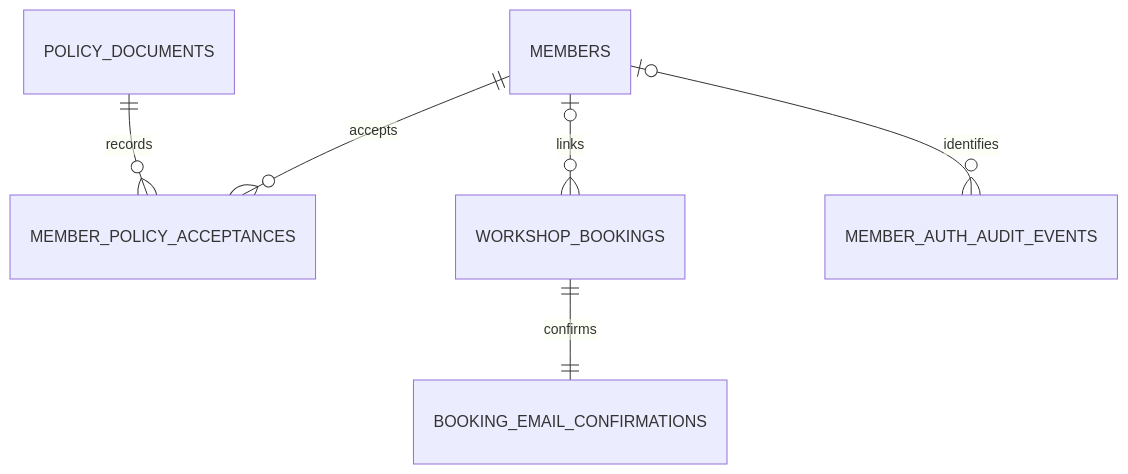
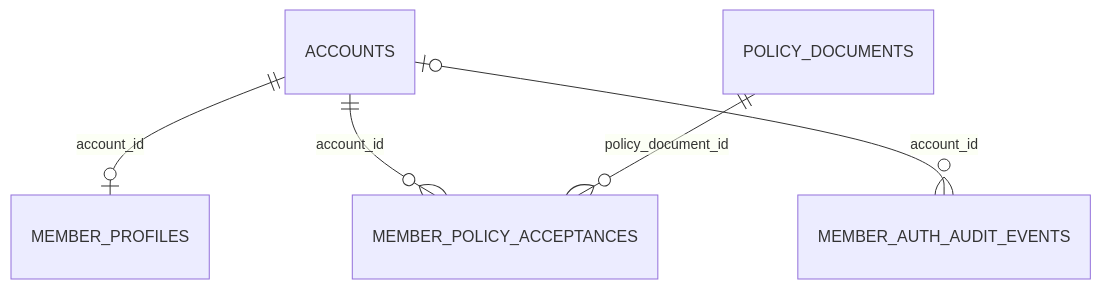
One commit to quoc-ca/mland-operations-hub changed the first of 7 diagrams in ppswbs-spec/DB.md. Above: the diagram before and after it, drawn with Mermaid. The commit also changed other lines of this file, not shown here.

Commit message:
Temp: redesign DB Schema

````diff
--- a/ppswbs-spec/DB.md
+++ b/ppswbs-spec/DB.md
@@ -157,8 +668,7 @@
-```mermaid
+~~~mermaid
 erDiagram
-    MEMBERS ||--o{ MEMBER_POLICY_ACCEPTANCES : accepts
-    POLICY_DOCUMENTS ||--o{ MEMBER_POLICY_ACCEPTANCES : records
-    MEMBERS o|--o{ WORKSHOP_BOOKINGS : links
-    WORKSHOP_BOOKINGS ||--|| BOOKING_EMAIL_CONFIRMATIONS : confirms
-    MEMBERS o|--o{ MEMBER_AUTH_AUDIT_EVENTS : identifies
-```
+    ACCOUNTS ||--o| MEMBER_PROFILES : account_id
+    ACCOUNTS ||--o{ MEMBER_POLICY_ACCEPTANCES : account_id
+    POLICY_DOCUMENTS ||--o{ MEMBER_POLICY_ACCEPTANCES : policy_document_id
+    ACCOUNTS o|--o{ MEMBER_AUTH_AUDIT_EVENTS : account_id
+~~~
````
